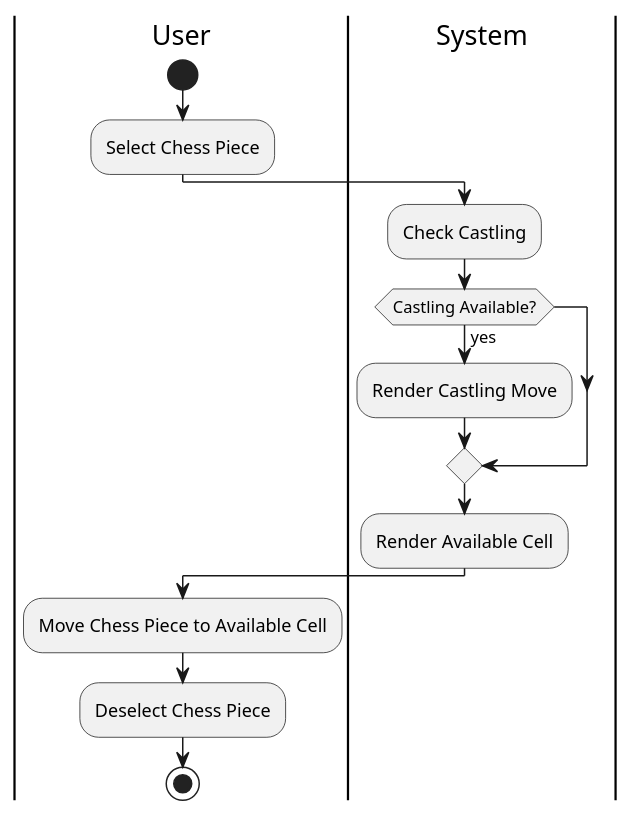
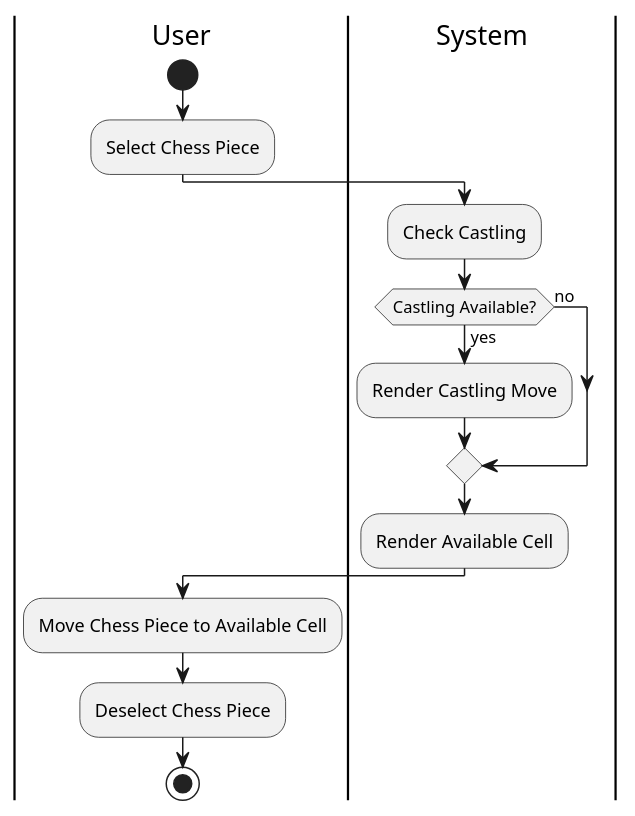
Before and after one commit to duyhq-zee1/chess-game: the diagram in activity/move a chess/show-valid-move.puml, drawn with PlantUML. The commit also changed 1 other file, not shown here.

```diff
--- a/activity/move a chess/show-valid-move.puml
+++ b/activity/move a chess/show-valid-move.puml
@@ -1,17 +1,18 @@
+@startuml "Activity diagram"
 |User|
 start
 :Select Chess Piece;
 
 |System|
 :Check Castling;
 if (Castling Available?) then (yes)
   :Render Castling Move;
+else (no)
 endif
 :Render Available Cell;
-
 |User|
 :Move Chess Piece to Available Cell;
 :Deselect Chess Piece;
 stop
 
 @enduml
```
